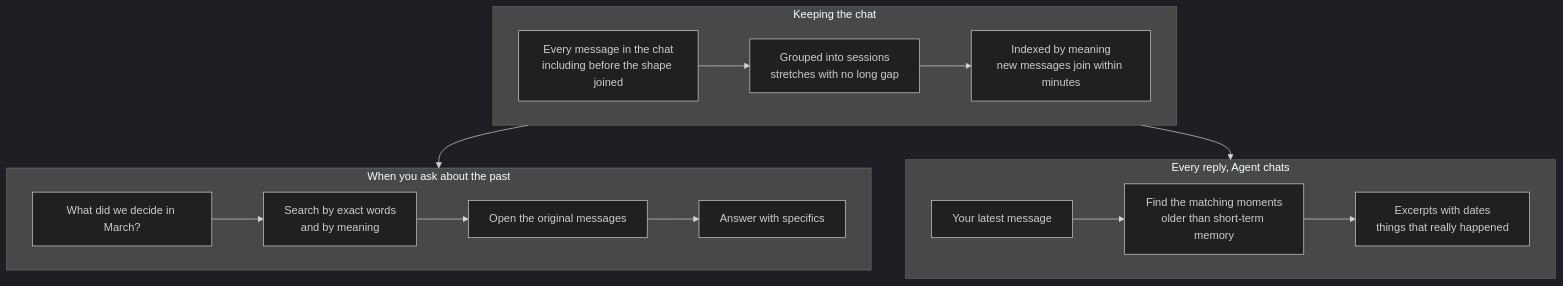
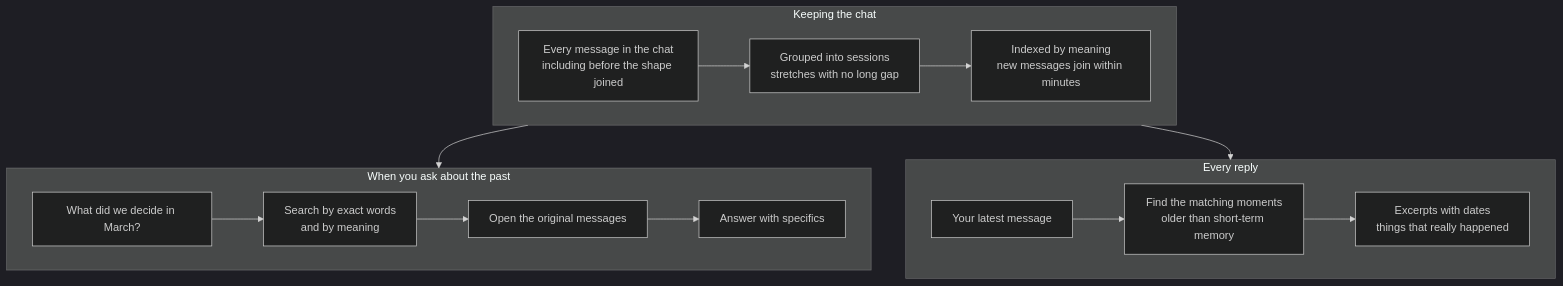
The second of 8 diagrams in memory-under-the-hood.mdx (shapesinc/docs), drawn with Mermaid (dark theme) before and after one commit. The commit also changed other lines of this file and 77 other files, not shown here.

````diff
--- a/memory-under-the-hood.mdx
+++ b/memory-under-the-hood.mdx
@@ -57,17 +57,17 @@
 ```mermaid
 flowchart TB
   subgraph Keep["Keeping the chat"]
     direction LR
     C["Every message in the chat<br/>including before the shape joined"] --> G["Grouped into sessions<br/>stretches with no long gap"] --> X["Indexed by meaning<br/>new messages join within minutes"]
   end
-  subgraph Recall["Every reply, Agent chats"]
+  subgraph Recall["Every reply"]
     direction LR
     Y["Your latest message"] --> F["Find the matching moments<br/>older than short-term memory"] --> Z["Excerpts with dates<br/>things that really happened"]
   end
   subgraph Ask["When you ask about the past"]
     direction LR
     A["What did we decide in March?"] --> B["Search by exact words<br/>and by meaning"] --> O["Open the original messages"] --> V["Answer with specifics"]
   end
   X --> F
   X --> B
 ```
````
